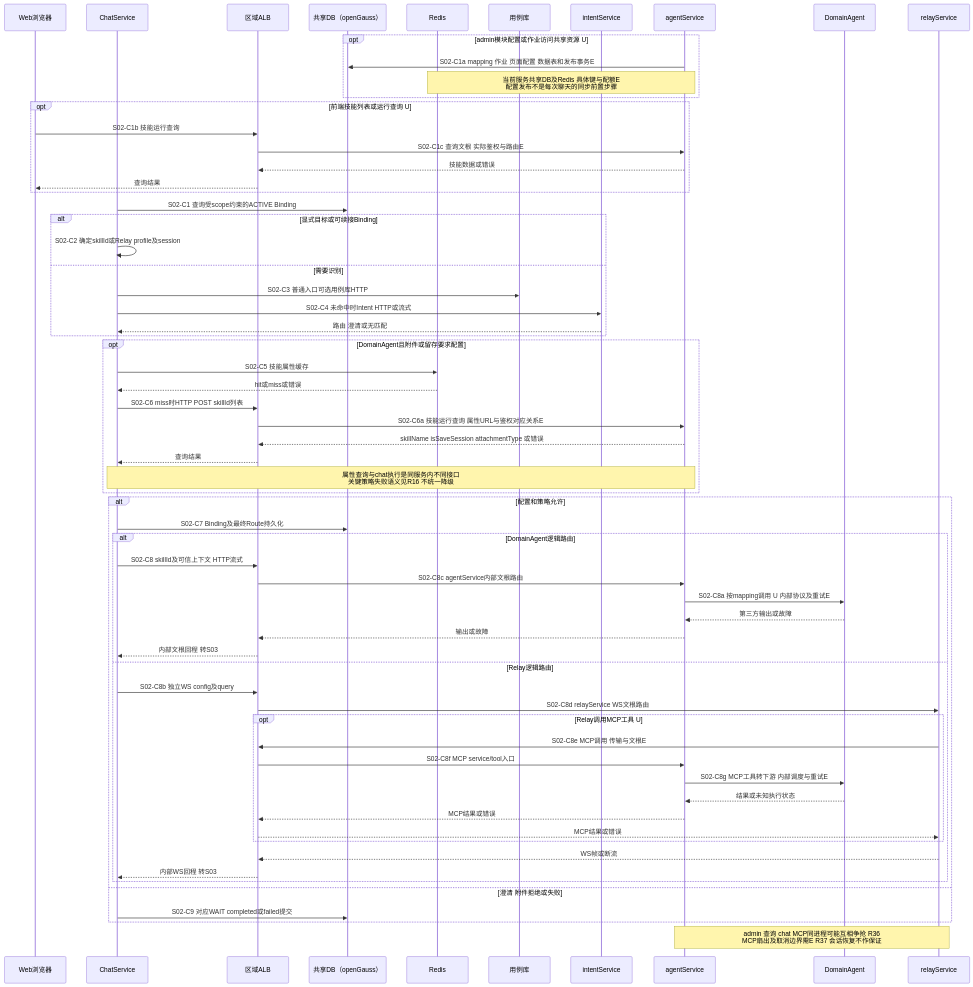
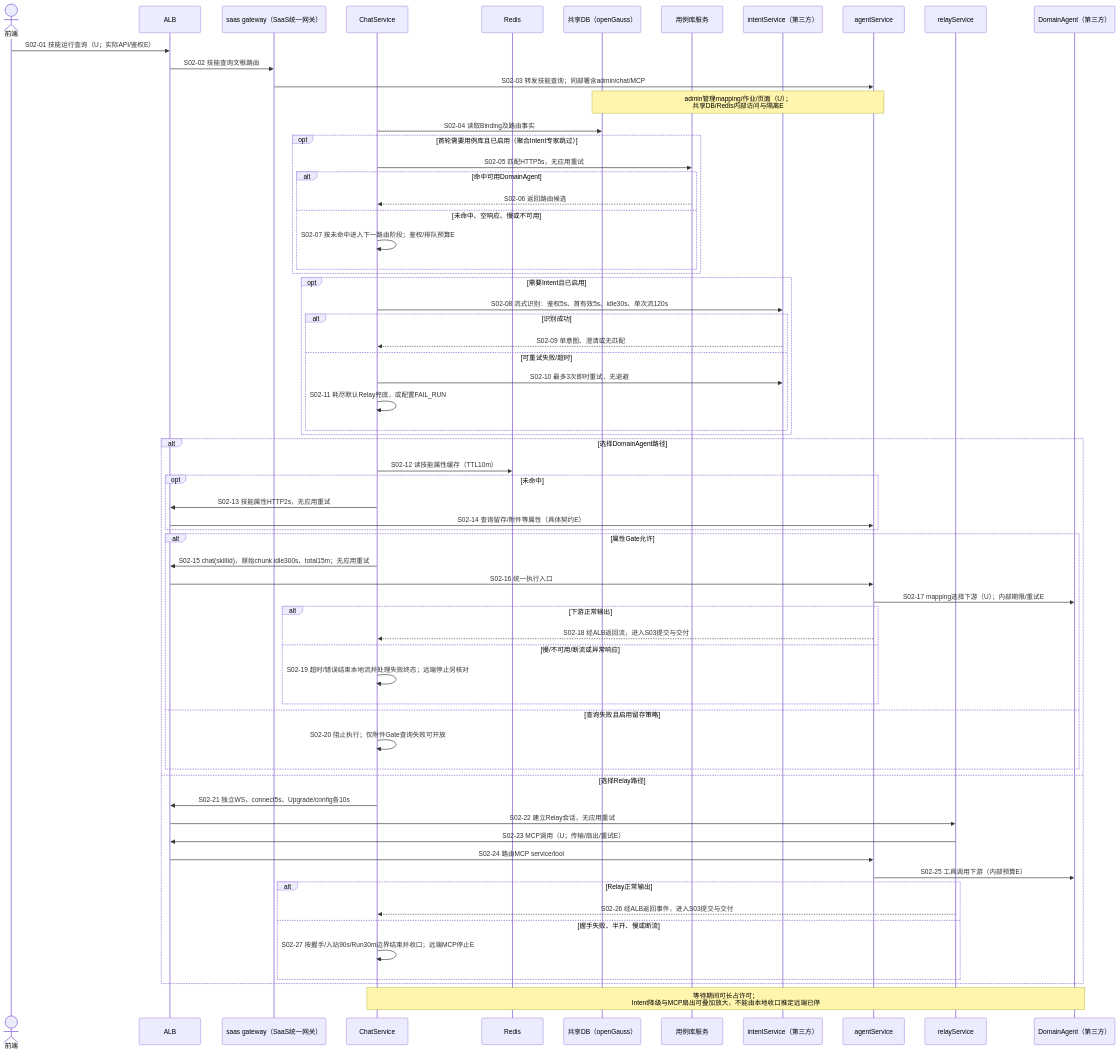
The second of 12 diagrams in docs/architecture/high-availability/scenarios.md (kunben-duck/exweb), drawn with Mermaid before and after one commit. The commit also changed other lines of this file and 8 other files, not shown here.

````diff
--- a/docs/architecture/high-availability/scenarios.md
+++ b/docs/architecture/high-availability/scenarios.md
@@ -188,67 +112,67 @@
 ```mermaid
 sequenceDiagram
-    participant U as Web浏览器
-    participant C as ChatService
-    participant L as 区域ALB
-    participant D as 共享DB（openGauss）
-    participant R as Redis
-    participant K as 用例库
-    participant I as intentService
-    participant AG as agentService
-    participant DA as DomainAgent
-    participant RL as relayService
-    opt admin模块配置或作业访问共享资源 U
-        AG->>D: S02-C1a mapping 作业 页面配置 数据表和发布事务E
-        Note over AG,R: 当前服务共享DB及Redis 具体键与配额E<br/>配置发布不是每次聊天的同步前置步骤
+    actor WEB as 前端
+    participant ALB
+    participant GW as saas gateway（SaaS统一网关）
+    participant CHAT as ChatService
+    participant REDIS as Redis
+    participant DB as 共享DB（openGauss）
+    participant USECASE as 用例库服务
+    participant INTENT as intentService（第三方）
+    participant AGENT as agentService
+    participant RELAY as relayService
+    participant DA as DomainAgent（第三方）
+    WEB->>ALB: S02-01 技能运行查询（U；实际API/鉴权E）
+    ALB->>GW: S02-02 技能查询文根路由
+    GW->>AGENT: S02-03 转发技能查询；同部署含admin/chat/MCP
+    Note over AGENT,DB: admin管理mapping/作业/页面（U）；<br/>共享DB/Redis内部访问与隔离E
+    CHAT->>DB: S02-04 读取Binding及路由事实
+    opt 首轮需要用例库且已启用（聚合Intent专家跳过）
+        CHAT->>USECASE: S02-05 匹配HTTP5s，无应用重试
+        alt 命中可用DomainAgent
+            USECASE-->>CHAT: S02-06 返回路由候选
+        else 未命中、空响应、慢或不可用
+            CHAT->>CHAT: S02-07 按未命中进入下一路由阶段；鉴权/排队预算E
+        end
     end
-    opt 前端技能列表或运行查询 U
-        U->>L: S02-C1b 技能运行查询
-        L->>AG: S02-C1c 查询文根 实际鉴权与路由E
-        AG-->>L: 技能数据或错误
-        L-->>U: 查询结果
+    opt 需要Intent且已启用
+        CHAT->>INTENT: S02-08 流式识别：鉴权5s、首有效5s、idle30s、单次流120s
+        alt 识别成功
+            INTENT-->>CHAT: S02-09 单意图、澄清或无匹配
+        else 可重试失败/超时
+            CHAT->>INTENT: S02-10 最多3次即时重试，无退避
+            CHAT->>CHAT: S02-11 耗尽默认Relay兜底，或配置FAIL_RUN
+        end
     end
-    C->>D: S02-C1 查询受scope约束的ACTIVE Binding
-    alt 显式目标或可续接Binding
-        C->>C: S02-C2 确定skillId或Relay profile及session
-    else 需要识别
-        C->>K: S02-C3 普通入口可选用例库HTTP
-        C->>I: S02-C4 未命中时Intent HTTP或流式
-        I-->>C: 路由 澄清或无匹配
+    alt 选择DomainAgent路径
+        CHAT->>REDIS: S02-12 读技能属性缓存（TTL10m）
+        opt 未命中
+            CHAT->>ALB: S02-13 技能属性HTTP2s，无应用重试
+            ALB->>AGENT: S02-14 查询留存/附件等属性（具体契约E）
+        end
+        alt 属性Gate允许
+            CHAT->>ALB: S02-15 chat(skillId)，原始chunk idle300s、total15m；无应用重试
+            ALB->>AGENT: S02-16 统一执行入口
+            AGENT->>DA: S02-17 mapping选择下游（U）；内部期限/重试E
+            alt 下游正常输出
+                AGENT-->>CHAT: S02-18 经ALB返回流，进入S03提交与交付
+            else 慢/不可用/断流或异常响应
+                CHAT->>CHAT: S02-19 超时/错误结束本地流并处理失败终态；远端停止另核对
+            end
+        else 查询失败且启用留存策略
+            CHAT->>CHAT: S02-20 阻止执行；仅附件Gate查询失败可开放
+        end
+    else 选择Relay路径
+        CHAT->>ALB: S02-21 独立WS，connect5s、Upgrade/config各10s
+        ALB->>RELAY: S02-22 建立Relay会话，无应用重试
+        RELAY->>ALB: S02-23 MCP调用（U；传输/扇出/重试E）
+        ALB->>AGENT: S02-24 路由MCP service/tool
+        AGENT->>DA: S02-25 工具调用下游（内部预算E）
+        alt Relay正常输出
+            RELAY-->>CHAT: S02-26 经ALB返回事件，进入S03提交与交付
+        else 握手失败、半开、慢或断流
+            CHAT->>CHAT: S02-27 按握手/入站90s/Run30m边界结束并收口；远端MCP停止E
+        end
     end
-    opt DomainAgent且附件或留存要求配置
-        C->>R: S02-C5 技能属性缓存
-        R-->>C: hit或miss或错误
-        C->>L: S02-C6 miss时HTTP POST skillId列表
-        L->>AG: S02-C6a 技能运行查询 属性URL与鉴权对应关系E
-        AG-->>L: skillName isSaveSession attachmentType 或错误
-        L-->>C: 查询结果
-        Note over C,AG: 属性查询与chat执行是同服务内不同接口<br/>关键策略失败语义见R16 不统一降级
-    end
-    alt 配置和策略允许
-        C->>D: S02-C7 Binding及最终Route持久化
-        alt DomainAgent逻辑路由
-            C->>L: S02-C8 skillId及可信上下文 HTTP流式
-            L->>AG: S02-C8c agentService内部文根路由
-            AG->>DA: S02-C8a 按mapping调用 U 内部协议及重试E
-            DA-->>AG: 第三方输出或故障
-            AG-->>L: 输出或故障
-            L-->>C: 内部文根回程 转S03
-        else Relay逻辑路由
-            C->>L: S02-C8b 独立WS config及query
-            L->>RL: S02-C8d relayService WS文根路由
-            opt Relay调用MCP工具 U
-                RL->>L: S02-C8e MCP调用 传输与文根E
-                L->>AG: S02-C8f MCP service/tool入口
-                AG->>DA: S02-C8g MCP工具转下游 内部调度与重试E
-                DA-->>AG: 结果或未知执行状态
-                AG-->>L: MCP结果或错误
-                L-->>RL: MCP结果或错误
-            end
-            RL-->>L: WS帧或断流
-            L-->>C: 内部WS回程 转S03
-        end
-    else 澄清 附件拒绝或失败
-        C->>D: S02-C9 对应WAIT completed或failed提交
-    end
-    Note over AG,RL: admin 查询 chat MCP同进程可能互相争抢 R36<br/>MCP扇出及取消边界需E R37 会话恢复不作保证
+    Note over CHAT,DA: 等待期间可长占许可；<br/>Intent降级与MCP扇出可叠加放大，不能由本地收口推定远端已停
 ```
````
